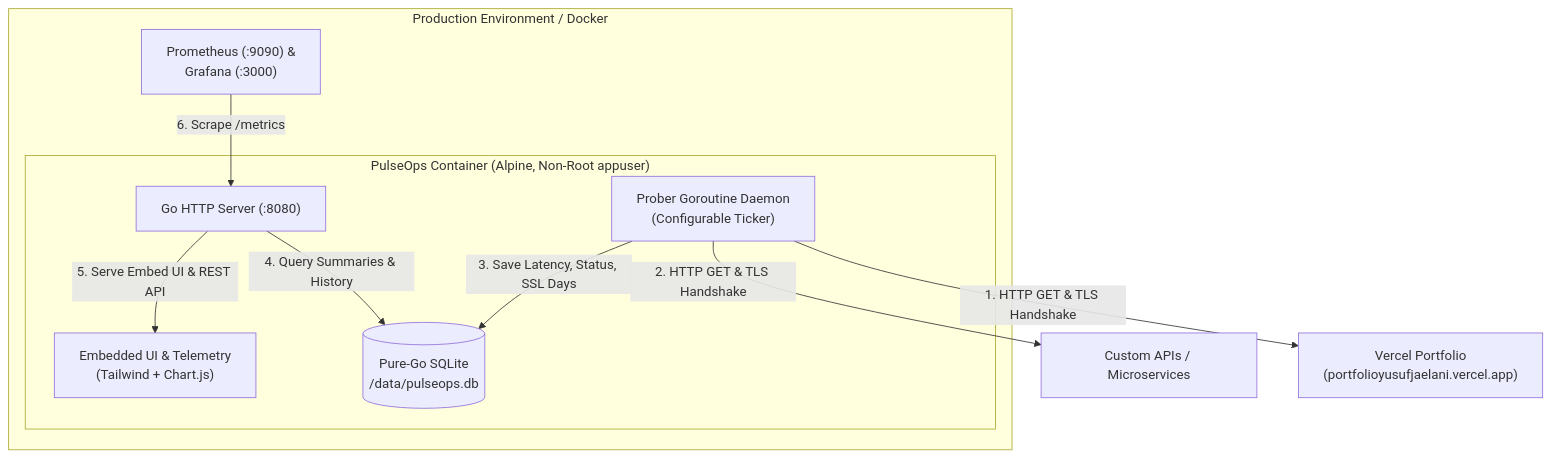
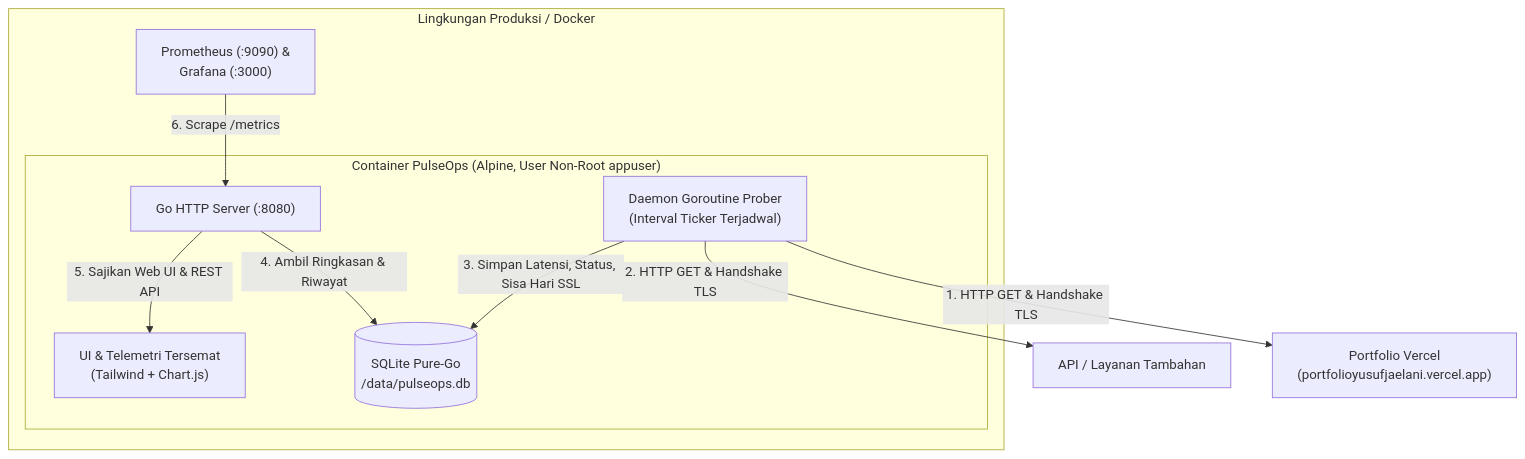
Before and after one commit to YusufJ12/herco-pulseops: the diagram in README.md, drawn with Mermaid. The commit also changed other lines of this file and 2 other files, not shown here.

````diff
--- a/README.md
+++ b/README.md
@@ -26,23 +26,23 @@
 ```mermaid
 flowchart TD
-    subgraph HostOrCloud ["Production Environment / Docker"]
-        subgraph Container ["PulseOps Container (Alpine, Non-Root appuser)"]
+    subgraph HostOrCloud ["Lingkungan Produksi / Docker"]
+        subgraph Container ["Container PulseOps (Alpine, User Non-Root appuser)"]
             Server["Go HTTP Server (:8080)"]
-            ProberDaemon["Prober Goroutine Daemon\n(Configurable Ticker)"]
-            Store[("Pure-Go SQLite\n/data/pulseops.db")]
-            WebUI["Embedded UI & Telemetry\n(Tailwind + Chart.js)"]
+            ProberDaemon["Daemon Goroutine Prober\n(Interval Ticker Terjadwal)"]
+            Store[("SQLite Pure-Go\n/data/pulseops.db")]
+            WebUI["UI & Telemetri Tersemat\n(Tailwind + Chart.js)"]
         end
 
         PrometheusStack["Prometheus (:9090) &\nGrafana (:3000)"]
     end
 
-    Target1["Vercel Portfolio\n(portfolioyusufjaelani.vercel.app)"]
-    Target2["Custom APIs / Microservices"]
+    Target1["Portfolio Vercel\n(portfolioyusufjaelani.vercel.app)"]
+    Target2["API / Layanan Tambahan"]
 
-    ProberDaemon -->|"1. HTTP GET & TLS Handshake"| Target1
-    ProberDaemon -->|"2. HTTP GET & TLS Handshake"| Target2
-    ProberDaemon -->|"3. Save Latency, Status, SSL Days"| Store
-    Server -->|"4. Query Summaries & History"| Store
-    Server -->|"5. Serve Embed UI & REST API"| WebUI
+    ProberDaemon -->|"1. HTTP GET & Handshake TLS"| Target1
+    ProberDaemon -->|"2. HTTP GET & Handshake TLS"| Target2
+    ProberDaemon -->|"3. Simpan Latensi, Status, Sisa Hari SSL"| Store
+    Server -->|"4. Ambil Ringkasan & Riwayat"| Store
+    Server -->|"5. Sajikan Web UI & REST API"| WebUI
     PrometheusStack -->|"6. Scrape /metrics"| Server
 ```
````
